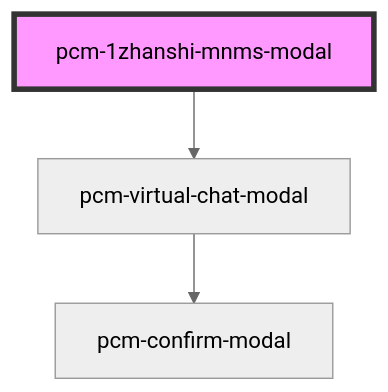
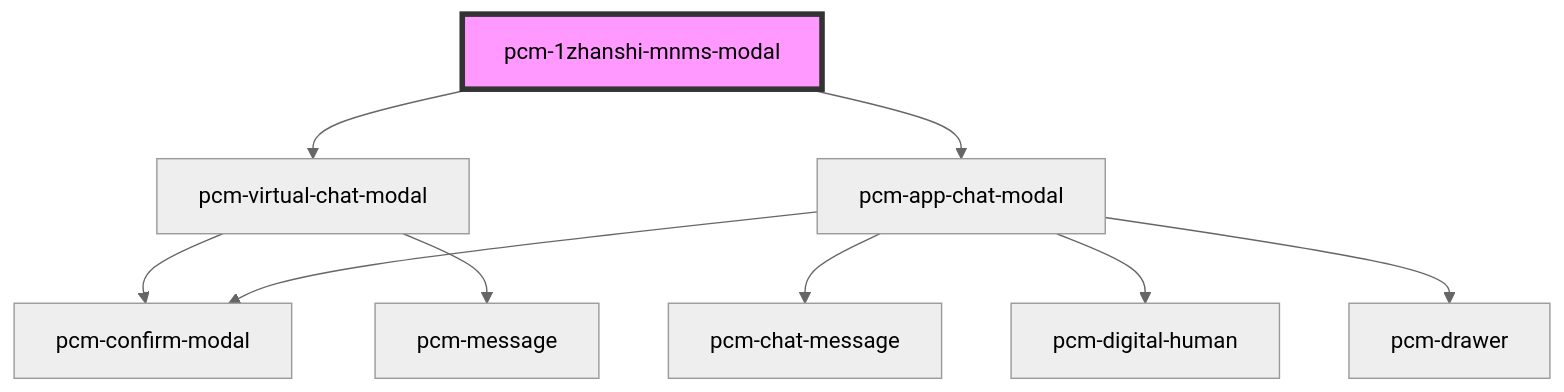
One commit to Pincaimao/pcm-agents-sdk changed the diagram in packages/pcm-agents/docs/components/pcm-1zhanshi-mnms-modal/readme.md. Above: the diagram before and after it, drawn with Mermaid (neutral theme). The commit also changed other lines of this file and 20 other files, not shown here.

````diff
--- a/packages/pcm-agents/docs/components/pcm-1zhanshi-mnms-modal/readme.md
+++ b/packages/pcm-agents/docs/components/pcm-1zhanshi-mnms-modal/readme.md
@@ -51,6 +53,12 @@
 ```mermaid
 graph TD;
   pcm-1zhanshi-mnms-modal --> pcm-virtual-chat-modal
+  pcm-1zhanshi-mnms-modal --> pcm-app-chat-modal
   pcm-virtual-chat-modal --> pcm-confirm-modal
+  pcm-virtual-chat-modal --> pcm-message
+  pcm-app-chat-modal --> pcm-chat-message
+  pcm-app-chat-modal --> pcm-digital-human
+  pcm-app-chat-modal --> pcm-drawer
+  pcm-app-chat-modal --> pcm-confirm-modal
   style pcm-1zhanshi-mnms-modal fill:#f9f,stroke:#333,stroke-width:4px
 ```
````
